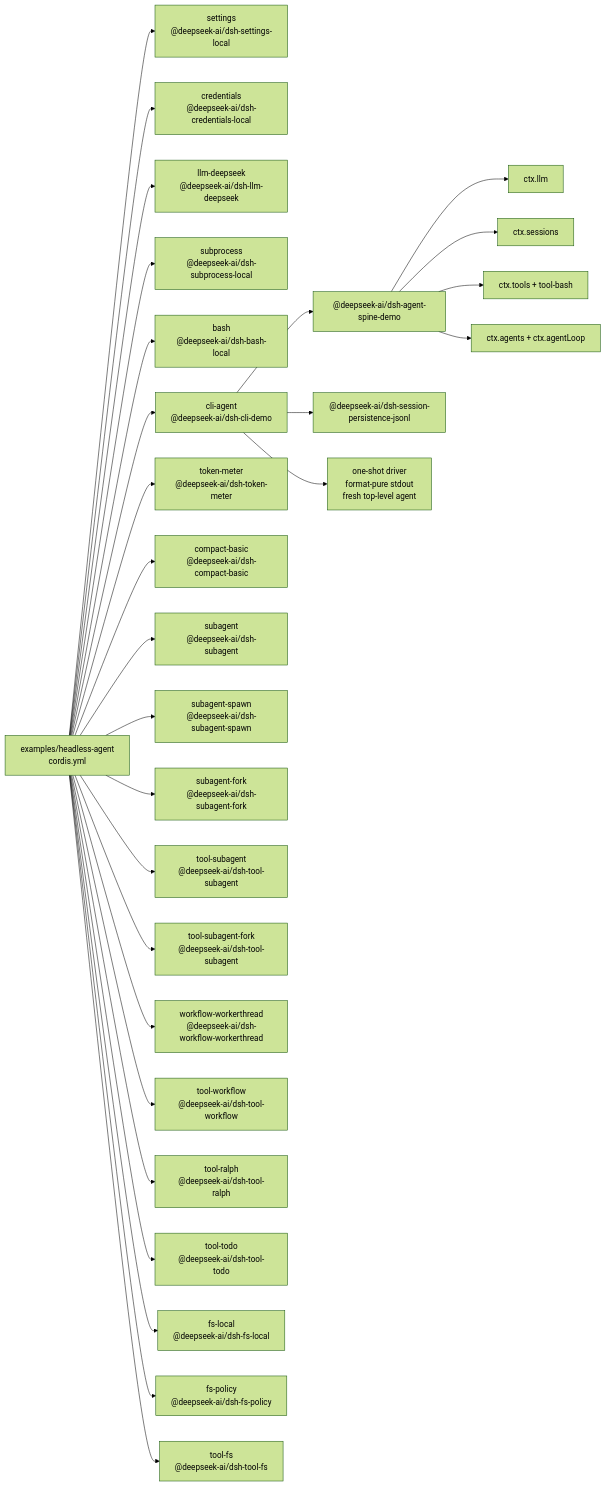
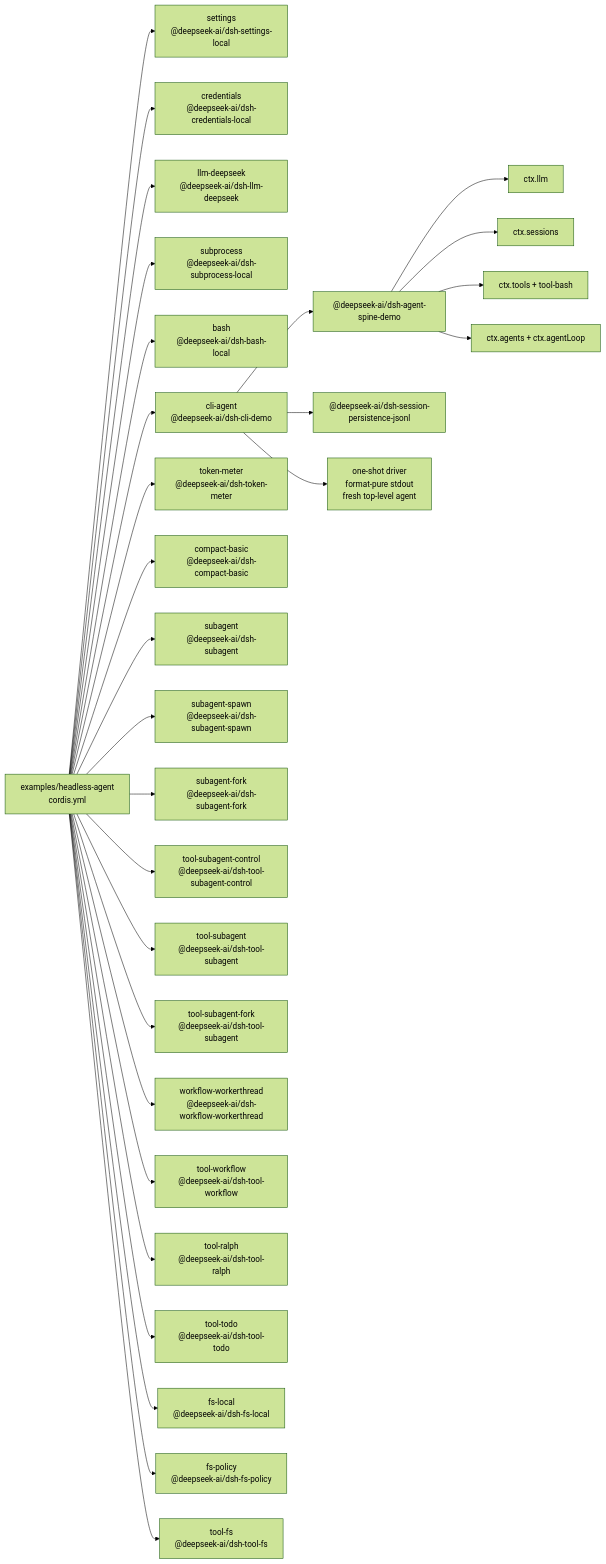
Before and after one commit to eru123/coco-harness: the diagram in examples/headless-agent/composition.md, drawn with Mermaid (forest theme). The commit also changed other lines of this file and 168 other files, not shown here.

First line of the commit message:
Merge pull request #506 from deepseek-harness/codex/subagent-send-message-rfc

````diff
--- a/examples/headless-agent/composition.md
+++ b/examples/headless-agent/composition.md
@@ -8,51 +8,53 @@
 ```mermaid
 flowchart LR
   cfg["examples/headless-agent<br/>cordis.yml"]
   plugin_headless_settings["settings<br/>@deepseek-ai/dsh-settings-local"]
   cfg --> plugin_headless_settings
   plugin_headless_credentials["credentials<br/>@deepseek-ai/dsh-credentials-local"]
   cfg --> plugin_headless_credentials
   plugin_headless_llm_deepseek["llm-deepseek<br/>@deepseek-ai/dsh-llm-deepseek"]
   cfg --> plugin_headless_llm_deepseek
   plugin_headless_subprocess["subprocess<br/>@deepseek-ai/dsh-subprocess-local"]
   cfg --> plugin_headless_subprocess
   plugin_headless_bash["bash<br/>@deepseek-ai/dsh-bash-local"]
   cfg --> plugin_headless_bash
   plugin_headless_cli_agent["cli-agent<br/>@deepseek-ai/dsh-cli-demo"]
   cfg --> plugin_headless_cli_agent
   plugin_headless_cli_agent --> bundle_agent_core["@deepseek-ai/dsh-agent-spine-demo"]
   plugin_headless_cli_agent --> bundle_jsonl["@deepseek-ai/dsh-session-persistence-jsonl"]
   plugin_headless_cli_agent --> frontdoor_cli["one-shot driver<br/>format-pure stdout<br/>fresh top-level agent"]
   bundle_agent_core --> spine_llm["ctx.llm"]
   bundle_agent_core --> spine_sessions["ctx.sessions"]
   bundle_agent_core --> spine_tools["ctx.tools + tool-bash"]
   bundle_agent_core --> spine_loop["ctx.agents + ctx.agentLoop"]
   plugin_headless_token_meter["token-meter<br/>@deepseek-ai/dsh-token-meter"]
   cfg --> plugin_headless_token_meter
   plugin_headless_compact_basic["compact-basic<br/>@deepseek-ai/dsh-compact-basic"]
   cfg --> plugin_headless_compact_basic
   plugin_headless_subagent["subagent<br/>@deepseek-ai/dsh-subagent"]
   cfg --> plugin_headless_subagent
   plugin_headless_subagent_spawn["subagent-spawn<br/>@deepseek-ai/dsh-subagent-spawn"]
   cfg --> plugin_headless_subagent_spawn
   plugin_headless_subagent_fork["subagent-fork<br/>@deepseek-ai/dsh-subagent-fork"]
   cfg --> plugin_headless_subagent_fork
+  plugin_headless_tool_subagent_control["tool-subagent-control<br/>@deepseek-ai/dsh-tool-subagent-control"]
+  cfg --> plugin_headless_tool_subagent_control
   plugin_headless_tool_subagent["tool-subagent<br/>@deepseek-ai/dsh-tool-subagent"]
   cfg --> plugin_headless_tool_subagent
   plugin_headless_tool_subagent_fork["tool-subagent-fork<br/>@deepseek-ai/dsh-tool-subagent"]
   cfg --> plugin_headless_tool_subagent_fork
   plugin_headless_workflow_workerthread["workflow-workerthread<br/>@deepseek-ai/dsh-workflow-workerthread"]
   cfg --> plugin_headless_workflow_workerthread
   plugin_headless_tool_workflow["tool-workflow<br/>@deepseek-ai/dsh-tool-workflow"]
   cfg --> plugin_headless_tool_workflow
   plugin_headless_tool_ralph["tool-ralph<br/>@deepseek-ai/dsh-tool-ralph"]
   cfg --> plugin_headless_tool_ralph
   plugin_headless_tool_todo["tool-todo<br/>@deepseek-ai/dsh-tool-todo"]
   cfg --> plugin_headless_tool_todo
   plugin_headless_fs_local["fs-local<br/>@deepseek-ai/dsh-fs-local"]
   cfg --> plugin_headless_fs_local
   plugin_headless_fs_policy["fs-policy<br/>@deepseek-ai/dsh-fs-policy"]
   cfg --> plugin_headless_fs_policy
   plugin_headless_tool_fs["tool-fs<br/>@deepseek-ai/dsh-tool-fs"]
   cfg --> plugin_headless_tool_fs
 ```
````
